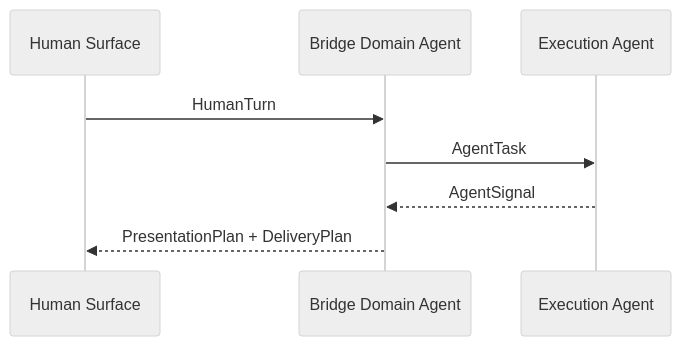
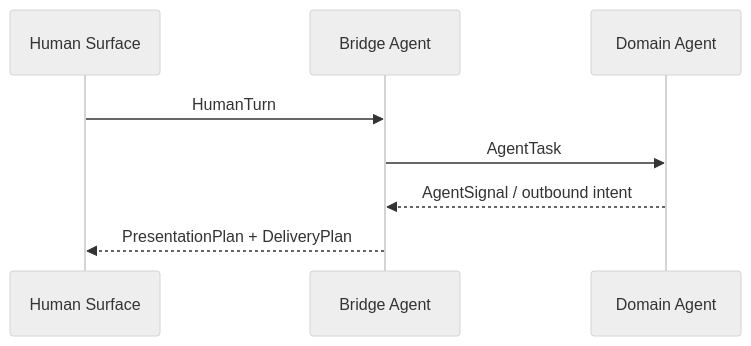
The third of 5 diagrams in architecture/system-design.md (cloudsbeyond/agent-interaction-bridge), drawn with Mermaid (neutral theme) before and after one commit. The commit also changed other lines of this file and 89 other files, not shown here.

First line of the commit message:
feat: formalize bounded domain-agent interaction (#4)

````diff
--- a/architecture/system-design.md
+++ b/architecture/system-design.md
@@ -131,11 +131,11 @@
 ```mermaid
 sequenceDiagram
   participant H as Human Surface
-  participant B as Bridge Domain Agent
-  participant E as Execution Agent
+  participant B as Bridge Agent
+  participant D as Domain Agent
 
   H->>B: HumanTurn
-  B->>E: AgentTask
-  E-->>B: AgentSignal
+  B->>D: AgentTask
+  D-->>B: AgentSignal / outbound intent
   B-->>H: PresentationPlan + DeliveryPlan
 ```
````
